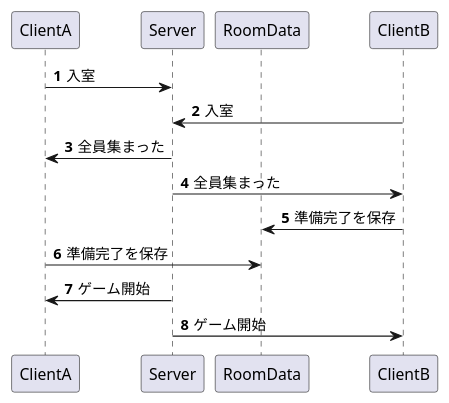
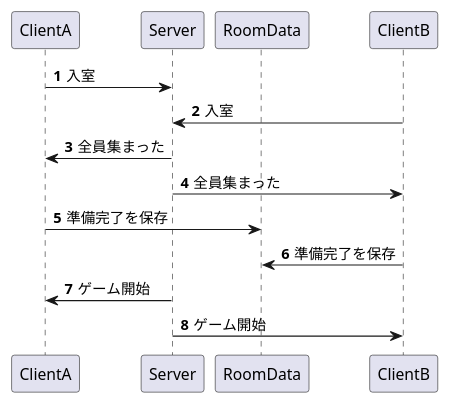
One commit to Bekomochi/RealTime-Repository changed the diagram in Admin/app/src/database/migrations/Ready.puml. Above: the diagram before and after it, drawn with PlantUML. The commit also changed other lines of this file and 8 other files, not shown here.

```diff
--- a/Admin/app/src/database/migrations/Ready.puml
+++ b/Admin/app/src/database/migrations/Ready.puml
@@ -1,23 +1,23 @@
 @startuml
 'https://plantuml.com/sequence-diagram
 
 autonumber
 
 participant ClientA
 participant Server
 participant RoomData
 participant ClientB
 
 ClientA->Server:入室
 ClientB->Server:入室
 
 ClientA<-Server:全員集まった
 ClientB<-Server:全員集まった
 
+ClientA->RoomData:準備完了を保存
 ClientB->RoomData:準備完了を保存
-ClientA->RoomData:準備完了を保存
 
 ClientA<-Server:ゲーム開始
 ClientB<-Server:ゲーム開始
 
 @enduml
```
